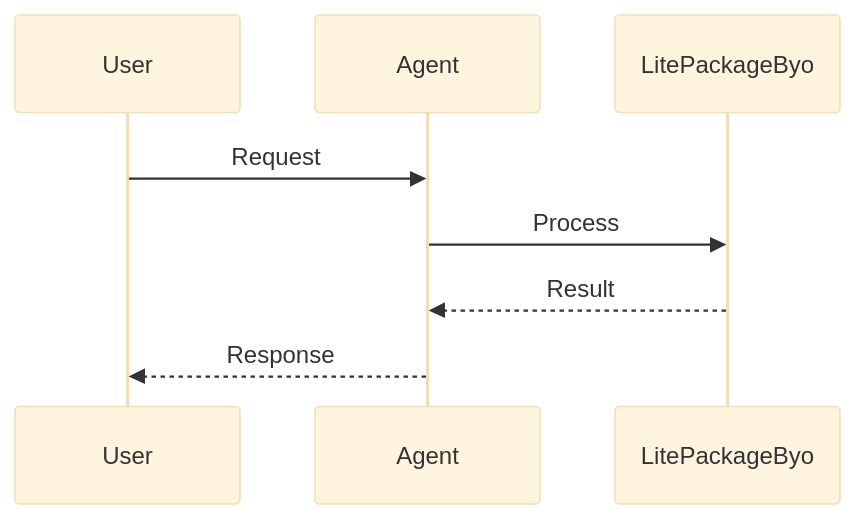
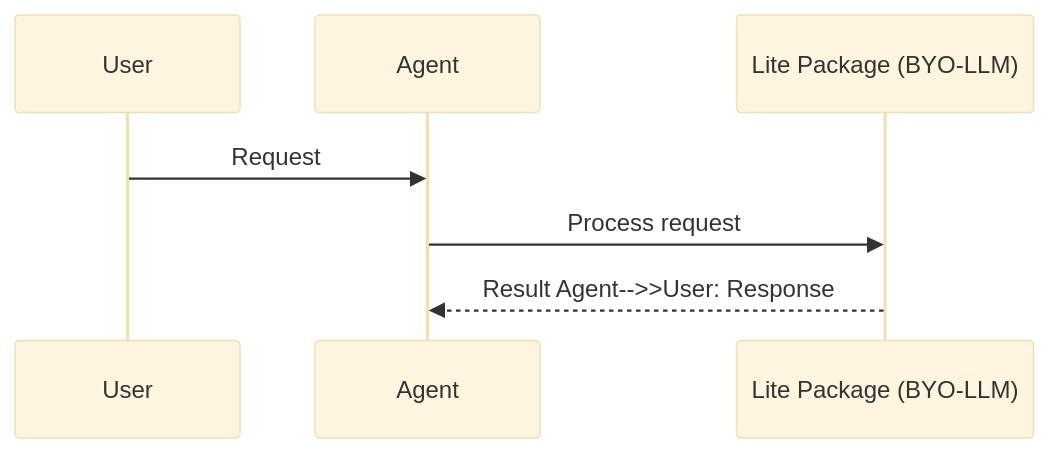
One commit to MervinPraison/PraisonAIDocs changed the second of 2 diagrams in docs/features/lite-package.mdx. Above: the diagram before and after it, drawn with Mermaid (base theme). The commit also changed 204 other files, not shown here.

First line of the commit message:
docs: align feature/tool pages with AGENTS.md hero + sequence + import standards (fixes #1775)

````diff
--- a/docs/features/lite-package.mdx
+++ b/docs/features/lite-package.mdx
@@ -41,11 +41,10 @@
 ```mermaid
 sequenceDiagram
     participant User
     participant Agent
-    participant LitePackageByo
+    participant Feature as Lite Package (BYO-LLM)
 
     User->>Agent: Request
-    Agent->>LitePackageByo: Process
-    LitePackageByo-->>Agent: Result
-    Agent-->>User: Response
+    Agent->>Feature: Process request
+    Feature-->>Agent: Result    Agent-->>User: Response
 ```
````
